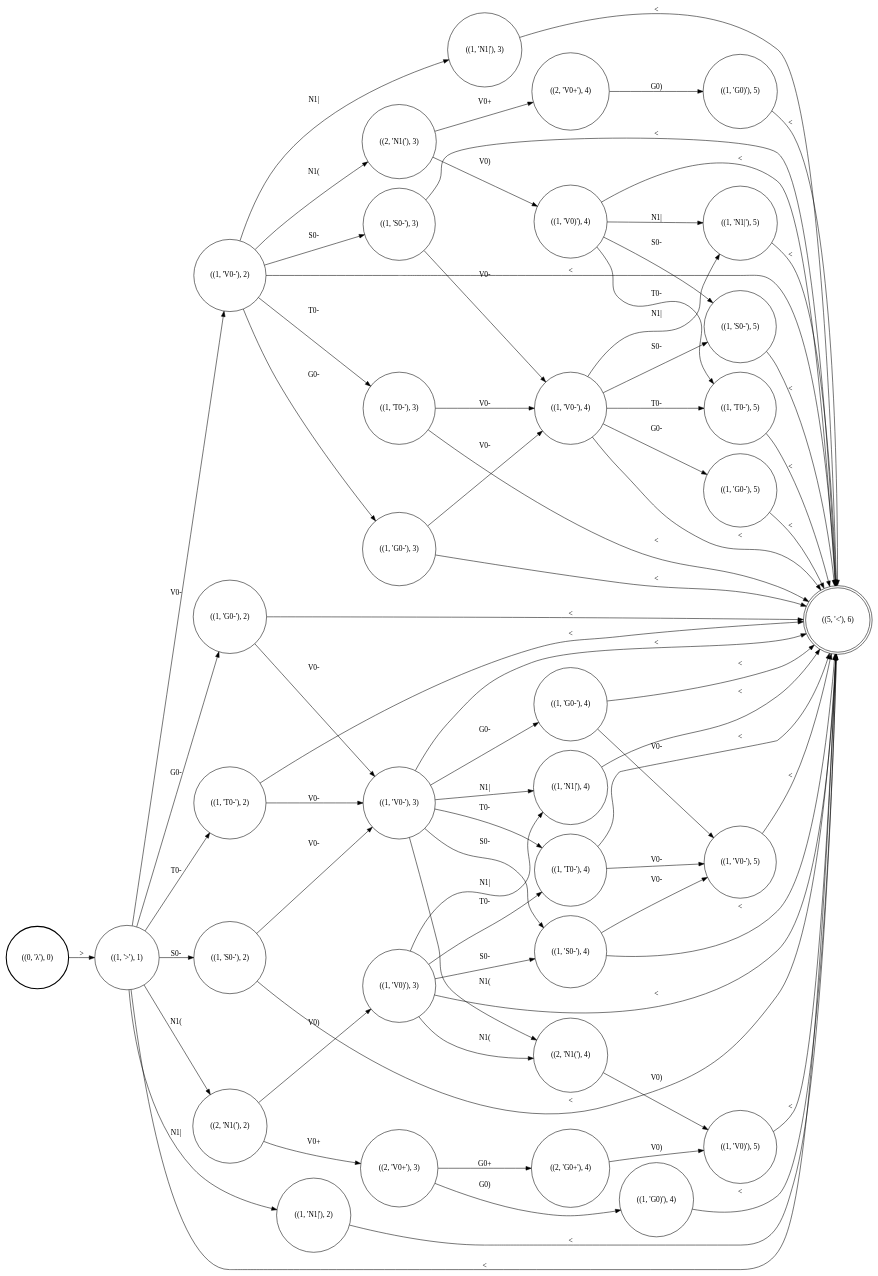
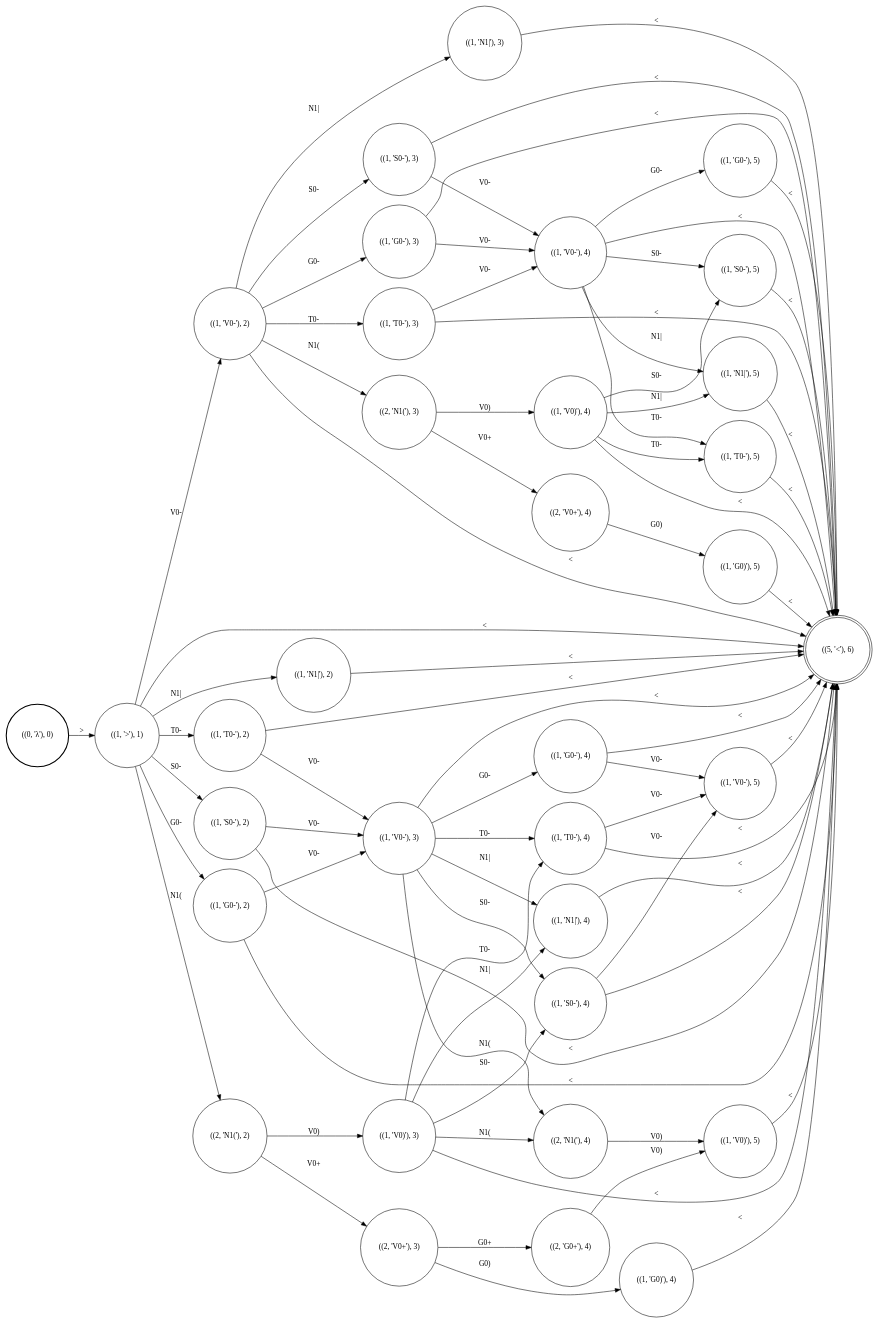
Before and after one commit to colincwilson/statgram: the diagram in demo/nasal_spreading/Output_nasal.dot, drawn with Graphviz. The commit also changed 7 other files, not shown here.

```diff
--- a/demo/nasal_spreading/Output_nasal.dot
+++ b/demo/nasal_spreading/Output_nasal.dot
@@ -1,110 +1,110 @@
 digraph G {
 rankdir=LR;
 node [shape=circle]
-0 [label="((1, 'V0-'), 4)"]
-1 [label="((1, 'N1|'), 3)"]
-2 [label="((1, 'T0-'), 4)"]
-3 [label="((1, 'V0)'), 5)"]
-4 [label="((1, 'V0-'), 3)"]
-5 [label="((1, 'G0-'), 5)"]
-6 [label="((1, 'N1|'), 2)"]
-7 [label="((1, 'G0-'), 2)"]
-8 [label="((1, 'V0)'), 4)"]
-9 [style=bold label="((0, 'λ'), 0)"]
-10 [label="((1, 'V0-'), 2)"]
-11 [label="((1, 'S0-'), 4)"]
-12 [label="((1, 'T0-'), 3)"]
-13 [label="((2, 'N1('), 4)"]
-14 [label="((2, 'V0+'), 4)"]
-15 [label="((1, 'N1|'), 5)"]
-16 [label="((1, 'G0-'), 3)"]
-17 [label="((1, 'S0-'), 5)"]
-18 [label="((1, 'T0-'), 2)"]
-19 [label="((1, 'V0)'), 3)"]
-20 [label="((2, 'N1('), 3)"]
-21 [label="((2, 'G0+'), 4)"]
-22 [label="((1, 'N1|'), 4)"]
-23 [label="((1, 'G0)'), 5)"]
-24 [label="((1, 'S0-'), 2)"]
-25 [label="((1, 'V0-'), 5)"]
-26 [shape=doublecircle label="((5, '<'), 6)"]
-27 [label="((1, 'T0-'), 5)"]
-28 [label="((1, '>'), 1)"]
-29 [label="((2, 'V0+'), 3)"]
-30 [label="((2, 'N1('), 2)"]
-31 [label="((1, 'G0-'), 4)"]
-32 [label="((1, 'G0)'), 4)"]
-33 [label="((1, 'S0-'), 3)"]
-20 -> 14 [label="V0+"]
-21 -> 3 [label="V0)"]
-17 -> 26 [label="<"]
-4 -> 26 [label="<"]
-19 -> 26 [label="<"]
-28 -> 18 [label="T0-"]
-8 -> 17 [label="S0-"]
-14 -> 23 [label="G0)"]
-29 -> 32 [label="G0)"]
-22 -> 26 [label="<"]
-16 -> 26 [label="<"]
-2 -> 25 [label="V0-"]
-10 -> 33 [label="S0-"]
-0 -> 17 [label="S0-"]
-20 -> 8 [label="V0)"]
-8 -> 26 [label="<"]
-19 -> 11 [label="S0-"]
-11 -> 26 [label="<"]
-10 -> 1 [label="N1|"]
-16 -> 0 [label="V0-"]
-10 -> 12 [label="T0-"]
-10 -> 16 [label="G0-"]
-12 -> 26 [label="<"]
-19 -> 13 [label="N1("]
-9 -> 28 [label=">"]
-4 -> 2 [label="T0-"]
-30 -> 29 [label="V0+"]
-0 -> 5 [label="G0-"]
-30 -> 19 [label="V0)"]
-12 -> 0 [label="V0-"]
-6 -> 26 [label="<"]
-19 -> 22 [label="N1|"]
-2 -> 26 [label="<"]
-4 -> 13 [label="N1("]
-10 -> 20 [label="N1("]
-3 -> 26 [label="<"]
-31 -> 26 [label="<"]
-8 -> 15 [label="N1|"]
-28 -> 6 [label="N1|"]
-28 -> 30 [label="N1("]
-11 -> 25 [label="V0-"]
-23 -> 26 [label="<"]
-33 -> 0 [label="V0-"]
-25 -> 26 [label="<"]
-7 -> 4 [label="V0-"]
-28 -> 24 [label="S0-"]
-28 -> 10 [label="V0-"]
-4 -> 22 [label="N1|"]
-4 -> 31 [label="G0-"]
-24 -> 26 [label="<"]
-0 -> 15 [label="N1|"]
-10 -> 26 [label="<"]
-24 -> 4 [label="V0-"]
-19 -> 2 [label="T0-"]
-27 -> 26 [label="<"]
-18 -> 4 [label="V0-"]
-28 -> 26 [label="<"]
-31 -> 25 [label="V0-"]
-33 -> 26 [label="<"]
-8 -> 27 [label="T0-"]
-5 -> 26 [label="<"]
-15 -> 26 [label="<"]
-18 -> 26 [label="<"]
-28 -> 7 [label="G0-"]
-32 -> 26 [label="<"]
-0 -> 26 [label="<"]
-4 -> 11 [label="S0-"]
-0 -> 27 [label="T0-"]
-1 -> 26 [label="<"]
-29 -> 21 [label="G0+"]
-7 -> 26 [label="<"]
-13 -> 3 [label="V0)"]
+0 [label="((2, 'N1('), 3)"]
+1 [label="((1, 'G0-'), 5)"]
+2 [label="((1, 'V0-'), 2)"]
+3 [label="((1, '>'), 1)"]
+4 [label="((1, 'T0-'), 2)"]
+5 [label="((2, 'G0+'), 4)"]
+6 [shape=doublecircle label="((5, '<'), 6)"]
+7 [label="((1, 'N1|'), 2)"]
+8 [label="((1, 'G0-'), 4)"]
+9 [label="((1, 'V0-'), 3)"]
+10 [label="((1, 'S0-'), 2)"]
+11 [label="((2, 'N1('), 4)"]
+12 [label="((1, 'V0-'), 4)"]
+13 [label="((1, 'G0)'), 4)"]
+14 [label="((1, 'V0)'), 5)"]
+15 [label="((1, 'T0-'), 5)"]
+16 [label="((1, 'N1|'), 3)"]
+17 [label="((2, 'V0+'), 3)"]
+18 [label="((1, 'S0-'), 3)"]
+19 [style=bold label="((0, 'λ'), 0)"]
+20 [label="((1, 'V0-'), 5)"]
+21 [label="((1, 'G0)'), 5)"]
+22 [label="((1, 'S0-'), 4)"]
+23 [label="((1, 'T0-'), 4)"]
+24 [label="((1, 'V0)'), 4)"]
+25 [label="((1, 'G0-'), 3)"]
+26 [label="((1, 'N1|'), 4)"]
+27 [label="((2, 'N1('), 2)"]
+28 [label="((2, 'V0+'), 4)"]
+29 [label="((1, 'S0-'), 5)"]
+30 [label="((1, 'V0)'), 3)"]
+31 [label="((1, 'G0-'), 2)"]
+32 [label="((1, 'N1|'), 5)"]
+33 [label="((1, 'T0-'), 3)"]
+12 -> 32 [label="N1|"]
+9 -> 23 [label="T0-"]
+12 -> 1 [label="G0-"]
+9 -> 26 [label="N1|"]
+12 -> 6 [label="<"]
+9 -> 8 [label="G0-"]
+9 -> 6 [label="<"]
+19 -> 3 [label=">"]
+12 -> 29 [label="S0-"]
+9 -> 11 [label="N1("]
+3 -> 7 [label="N1|"]
+22 -> 20 [label="V0-"]
+9 -> 22 [label="S0-"]
+3 -> 4 [label="T0-"]
+22 -> 6 [label="<"]
+18 -> 12 [label="V0-"]
+3 -> 31 [label="G0-"]
+23 -> 6 [label="<"]
+18 -> 6 [label="<"]
+3 -> 6 [label="<"]
+23 -> 20 [label="V0-"]
+0 -> 28 [label="V0+"]
+30 -> 26 [label="N1|"]
+3 -> 27 [label="N1("]
+13 -> 6 [label="<"]
+30 -> 6 [label="<"]
+3 -> 10 [label="S0-"]
+26 -> 6 [label="<"]
+30 -> 11 [label="N1("]
+3 -> 2 [label="V0-"]
+1 -> 6 [label="<"]
+30 -> 22 [label="S0-"]
+4 -> 6 [label="<"]
+15 -> 6 [label="<"]
+30 -> 23 [label="T0-"]
+4 -> 9 [label="V0-"]
+29 -> 6 [label="<"]
+33 -> 6 [label="<"]
+7 -> 6 [label="<"]
+20 -> 6 [label="<"]
+33 -> 12 [label="V0-"]
+27 -> 30 [label="V0)"]
+21 -> 6 [label="<"]
+25 -> 12 [label="V0-"]
+27 -> 17 [label="V0+"]
+32 -> 6 [label="<"]
+25 -> 6 [label="<"]
+2 -> 33 [label="T0-"]
+14 -> 6 [label="<"]
+5 -> 14 [label="V0)"]
+2 -> 16 [label="N1|"]
+2 -> 25 [label="G0-"]
+24 -> 32 [label="N1|"]
+2 -> 6 [label="<"]
+24 -> 6 [label="<"]
+2 -> 0 [label="N1("]
+2 -> 18 [label="S0-"]
+24 -> 29 [label="S0-"]
+10 -> 9 [label="V0-"]
+24 -> 15 [label="T0-"]
+10 -> 6 [label="<"]
+8 -> 20 [label="V0-"]
+31 -> 9 [label="V0-"]
+8 -> 6 [label="<"]
+31 -> 6 [label="<"]
+16 -> 6 [label="<"]
+28 -> 21 [label="G0)"]
+17 -> 5 [label="G0+"]
+11 -> 14 [label="V0)"]
+17 -> 13 [label="G0)"]
+0 -> 24 [label="V0)"]
+12 -> 15 [label="T0-"]
 }
```
